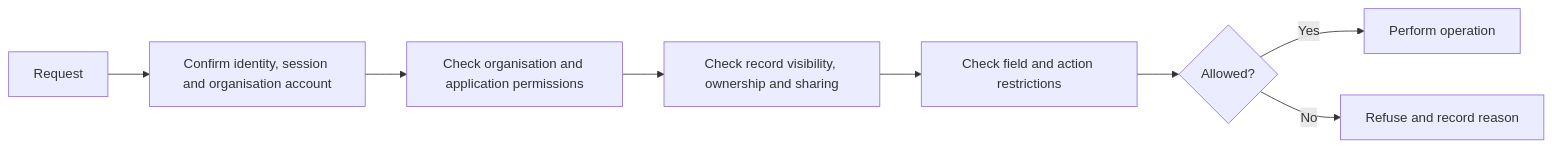
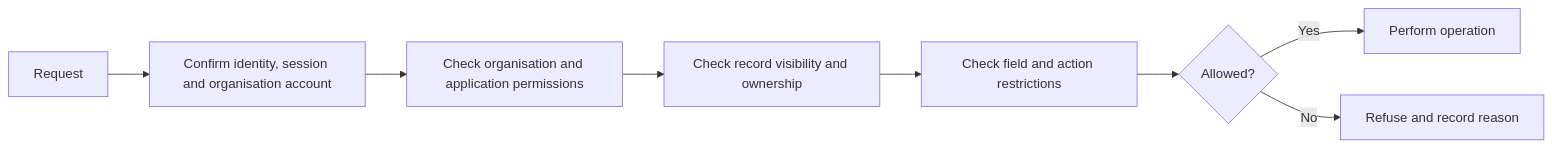
Before and after one commit to Abzum-NZ/Abzum-Vortex: the first of 5 diagrams in docs/specification/04-access-and-permissions.md, drawn with Mermaid. The commit also changed other lines of this file and 50 other files, not shown here.

````diff
--- a/docs/specification/04-access-and-permissions.md
+++ b/docs/specification/04-access-and-permissions.md
@@ -11,10 +11,10 @@
 ```mermaid
 flowchart LR
     REQ[Request] --> ID[Confirm identity, session and organisation account]
     ID --> PERM[Check organisation and application permissions]
-    PERM --> SCOPE[Check record visibility, ownership and sharing]
+    PERM --> SCOPE[Check record visibility and ownership]
     SCOPE --> FIELD[Check field and action restrictions]
     FIELD --> RESULT{Allowed?}
     RESULT -- Yes --> RUN[Perform operation]
     RESULT -- No --> DENY[Refuse and record reason]
 ```
````
